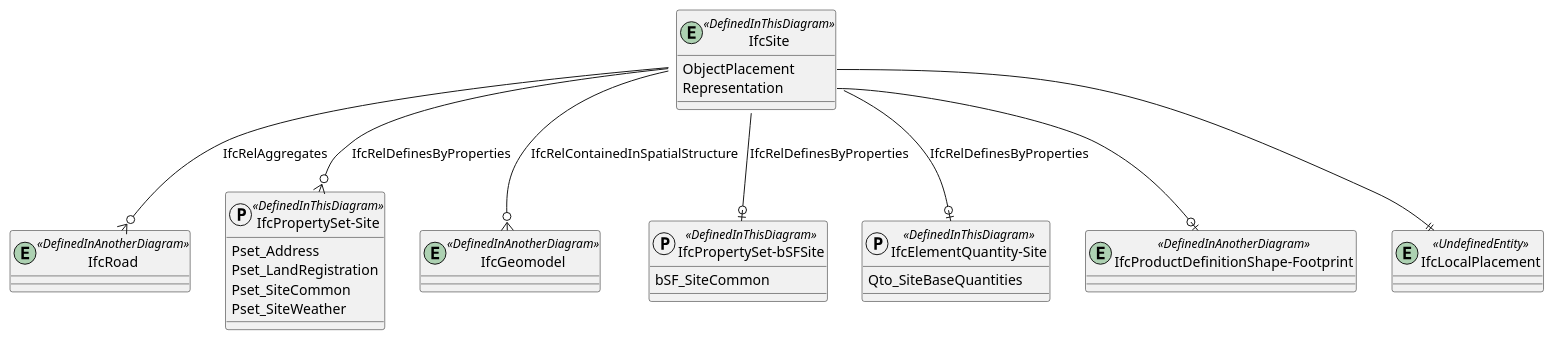
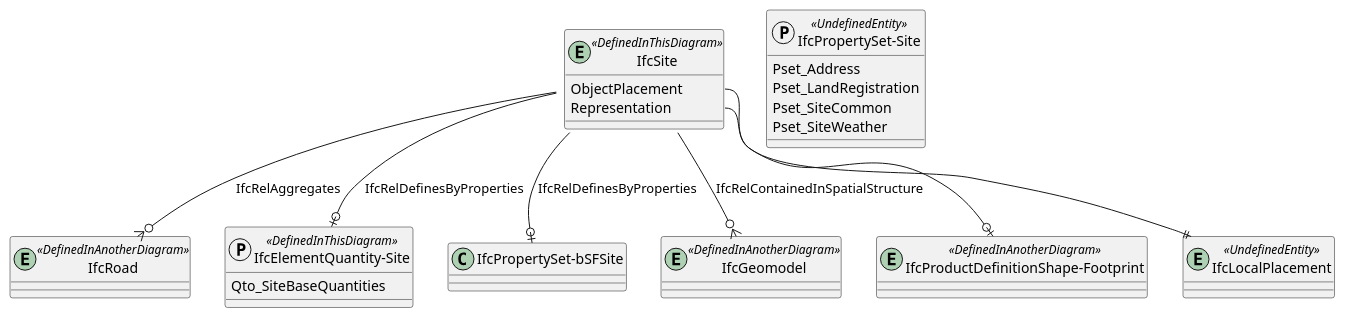
One commit to buildingSMART-Finland/RYTV-IFCRoute changed the diagram in diagrams/bsf-IfcSite.pu. Above: the diagram before and after it, drawn with PlantUML. The commit also changed 7 other files, not shown here.

Commit message:
Property set definitions

```diff
--- a/diagrams/bsf-IfcSite.pu
+++ b/diagrams/bsf-IfcSite.pu
@@ -1,46 +1,40 @@
 @startuml 
 
 entity IfcSite <<DefinedInThisDiagram>>
 {
   ObjectPlacement
   Representation
 }
 
 entity IfcRoad <<DefinedInAnotherDiagram>> 
 
 IfcSite--o{IfcRoad : IfcRelAggregates
 
-protocol "IfcPropertySet-Site" <<DefinedInThisDiagram>>
+protocol "IfcPropertySet-Site" <<UndefinedEntity>>
 {
   Pset_Address
   Pset_LandRegistration
   Pset_SiteCommon
   Pset_SiteWeather
 }
 
 entity IfcGeomodel <<DefinedInAnotherDiagram>>
 IfcSite::ContainsElements--o{IfcGeomodel : IfcRelContainedInSpatialStructure
-
-protocol "IfcPropertySet-bSFSite" <<DefinedInThisDiagram>>
-{
-  bSF_SiteCommon
-}
 
 protocol "IfcElementQuantity-Site" <<DefinedInThisDiagram>>
 {
   Qto_SiteBaseQuantities
 }
 
 entity "IfcProductDefinitionShape-Footprint" <<DefinedInAnotherDiagram>>
 IfcSite::Representation --o| "IfcProductDefinitionShape-Footprint"
 
 entity IfcLocalPlacement <<UndefinedEntity>>
 IfcSite::ObjectPlacement--||IfcLocalPlacement
 
 
-IfcSite --o{ "IfcPropertySet-Site" : IfcRelDefinesByProperties
 IfcSite --o| "IfcPropertySet-bSFSite" : IfcRelDefinesByProperties
 IfcSite --o| "IfcElementQuantity-Site" : IfcRelDefinesByProperties
 
 
 @enduml
```
